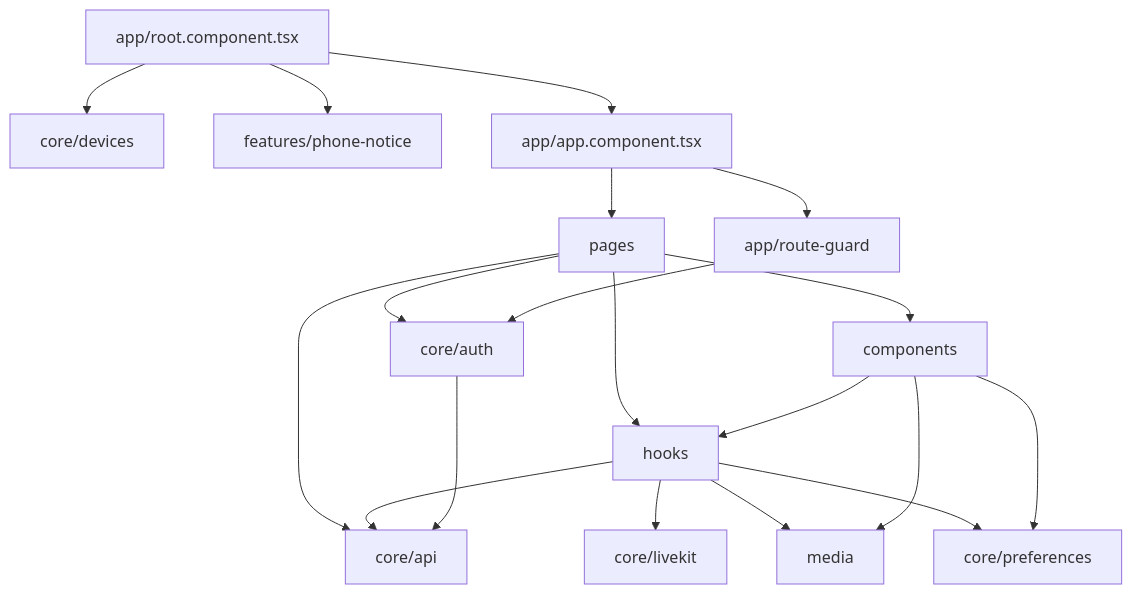
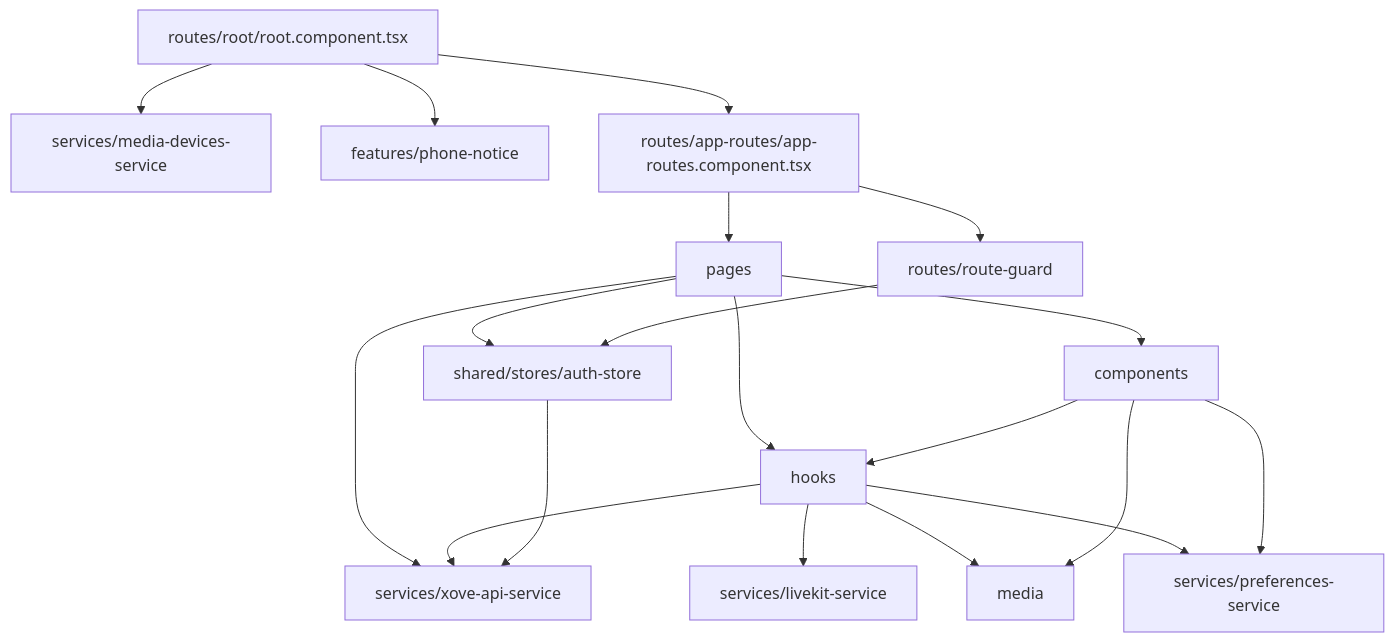
Before and after one commit to Hbrauveres/xove-web: the second of 4 diagrams in docs/architecture.md, drawn with Mermaid. The commit also changed other lines of this file and 390 other files, not shown here.

First line of the commit message:
refactor(web): apply ADR-0086, routes, features, shared and services; units with their own parts (0236) (#244)

````diff
--- a/docs/architecture.md
+++ b/docs/architecture.md
@@ -46,21 +47,21 @@
 ```mermaid
 flowchart TD
   P[pages] --> C[components]
   P --> H[hooks]
-  P --> A[core/api]
+  P --> A[services/xove-api-service]
   C --> H
   H --> A
-  H --> LK[core/livekit]
+  H --> LK[services/livekit-service]
   H --> M[media]
   C --> M
-  H --> PR[core/preferences]
+  H --> PR[services/preferences-service]
   C --> PR
-  P --> AU[core/auth]
+  P --> AU[shared/stores/auth-store]
   AU --> A
-  R[app/root.component.tsx] --> D[core/devices]
+  R[routes/root/root.component.tsx] --> D[services/media-devices-service]
   R --> N[features/phone-notice]
-  R --> APP[app/app.component.tsx]
-  APP --> G[app/route-guard]
+  R --> APP[routes/app-routes/app-routes.component.tsx]
+  APP --> G[routes/route-guard]
   G --> AU
   APP --> P
 ```
````
